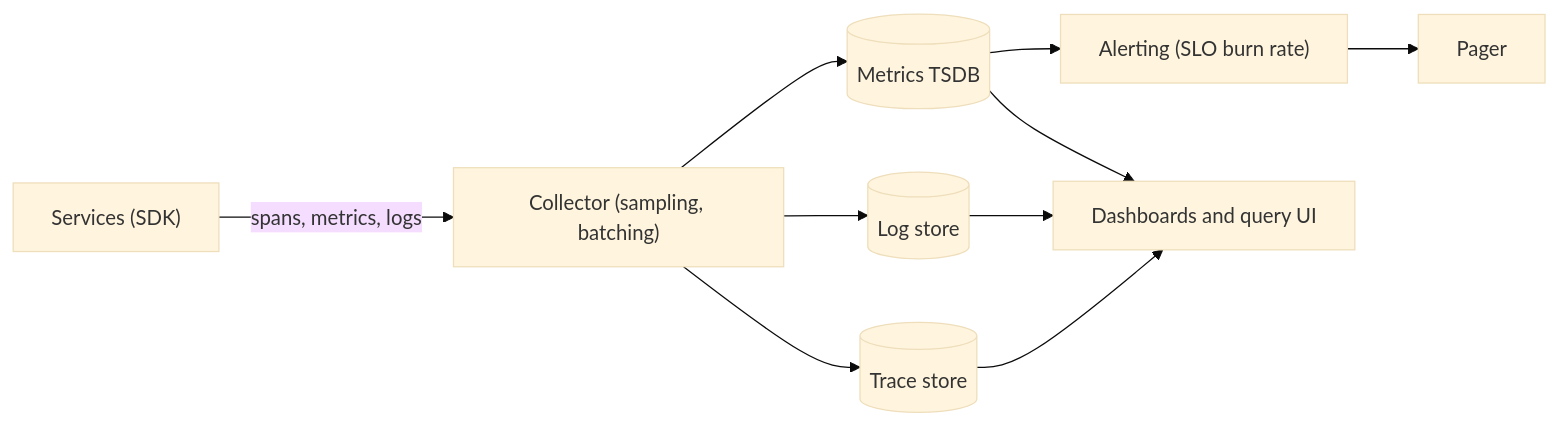
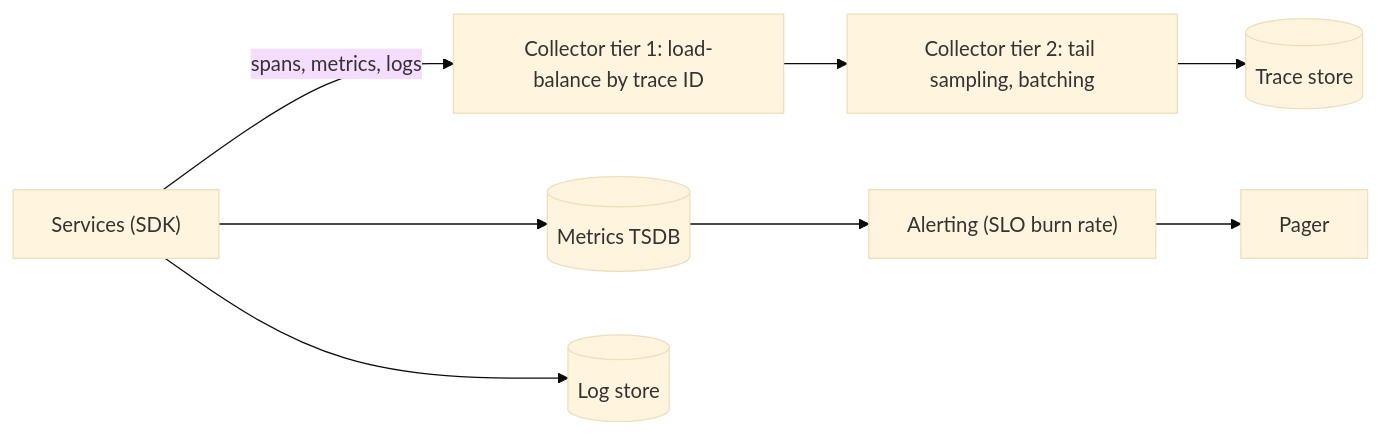
One commit to thull32/ascend changed the diagram in content/tracks/09-system-design/01-building-blocks/13-observability.md. Above: the diagram before and after it, drawn with Mermaid (base theme). The commit also changed other lines of this file and 12 other files, not shown here.

````diff
--- a/content/tracks/09-system-design/01-building-blocks/13-observability.md
+++ b/content/tracks/09-system-design/01-building-blocks/13-observability.md
@@ -48,10 +106,10 @@
 ```mermaid
 flowchart LR
-    A["Services (SDK)"] -->|"spans, metrics, logs"| C["Collector (sampling, batching)"]
-    C --> M[("Metrics TSDB")]
-    C --> L[("Log store")]
+    A["Services (SDK)"] -->|"spans, metrics, logs"| LB["Collector tier 1: load-balance by trace ID"]
+    LB --> C["Collector tier 2: tail sampling, batching"]
     C --> T[("Trace store")]
+    A --> M[("Metrics TSDB")]
+    A --> L[("Log store")]
     M --> AL["Alerting (SLO burn rate)"]
-    M & L & T --> D["Dashboards and query UI"]
     AL --> P["Pager"]
 ```
````
